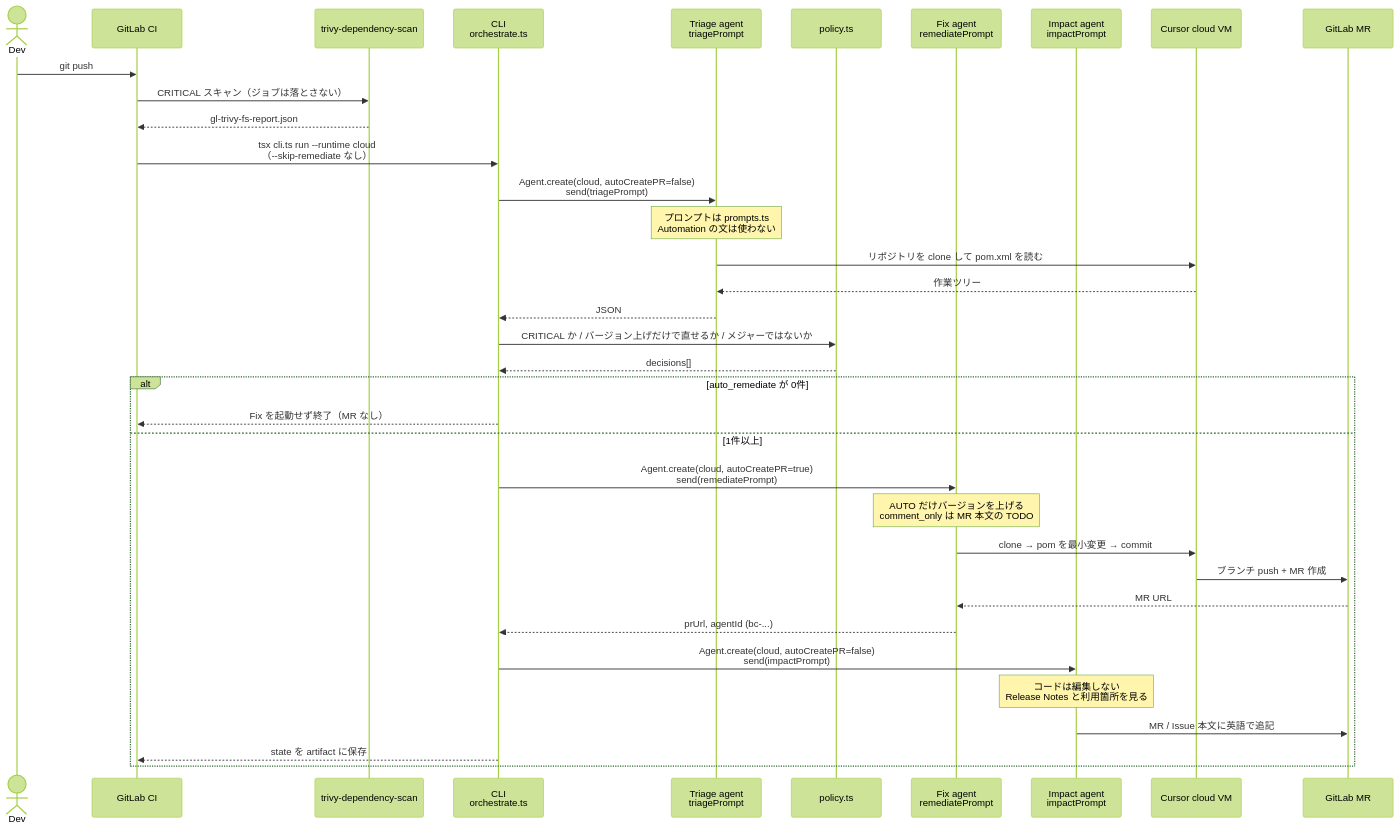
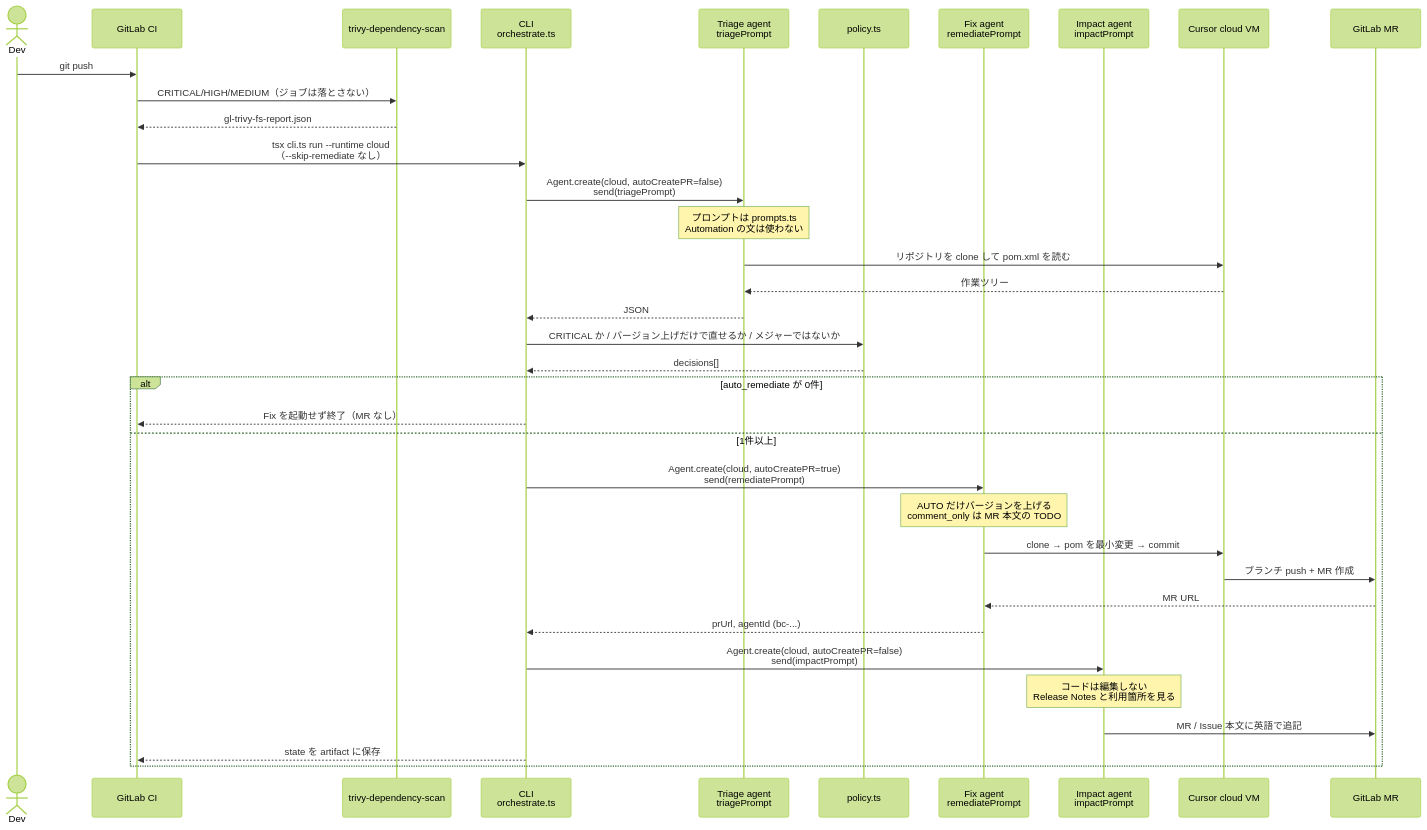
One commit to Acme-finance-demo/spring-petclinic-cursor changed the second of 5 diagrams in cursor-sdk/SEQUENCE.ja.md. Above: the diagram before and after it, drawn with Mermaid (forest theme). The commit also changed other lines of this file and 8 other files, not shown here.

First line of the commit message:
Scan HIGH and MEDIUM too, but still auto-fix only CRITICAL.

````diff
--- a/cursor-sdk/SEQUENCE.ja.md
+++ b/cursor-sdk/SEQUENCE.ja.md
@@ -73,43 +73,43 @@
 ```mermaid
 sequenceDiagram
     actor Dev
     participant GL as GitLab CI
     participant Scan as trivy-dependency-scan
     participant CLI as CLI<br/>orchestrate.ts
     participant Triage as Triage agent<br/>triagePrompt
     participant Policy as policy.ts
     participant Fix as Fix agent<br/>remediatePrompt
     participant Impact as Impact agent<br/>impactPrompt
     participant Cursor as Cursor cloud VM
     participant GitLab as GitLab MR
 
     Dev->>GL: git push
-    GL->>Scan: CRITICAL スキャン（ジョブは落とさない）
+    GL->>Scan: CRITICAL/HIGH/MEDIUM（ジョブは落とさない）
     Scan-->>GL: gl-trivy-fs-report.json
 
     GL->>CLI: tsx cli.ts run --runtime cloud<br/>（--skip-remediate なし）
 
     CLI->>Triage: Agent.create(cloud, autoCreatePR=false)<br/>send(triagePrompt)
     Note over Triage: プロンプトは prompts.ts<br/>Automation の文は使わない
     Triage->>Cursor: リポジトリを clone して pom.xml を読む
     Cursor-->>Triage: 作業ツリー
     Triage-->>CLI: JSON
 
     CLI->>Policy: CRITICAL か / バージョン上げだけで直せるか / メジャーではないか
     Policy-->>CLI: decisions[]
 
     alt auto_remediate が 0件
         CLI-->>GL: Fix を起動せず終了（MR なし）
     else 1件以上
         CLI->>Fix: Agent.create(cloud, autoCreatePR=true)<br/>send(remediatePrompt)
         Note over Fix: AUTO だけバージョンを上げる<br/>comment_only は MR 本文の TODO
         Fix->>Cursor: clone → pom を最小変更 → commit
         Cursor->>GitLab: ブランチ push + MR 作成
         GitLab-->>Fix: MR URL
         Fix-->>CLI: prUrl, agentId (bc-...)
         CLI->>Impact: Agent.create(cloud, autoCreatePR=false)<br/>send(impactPrompt)
         Note over Impact: コードは編集しない<br/>Release Notes と利用箇所を見る
         Impact->>GitLab: MR / Issue 本文に英語で追記
         CLI-->>GL: state を artifact に保存
     end
 ```
````
